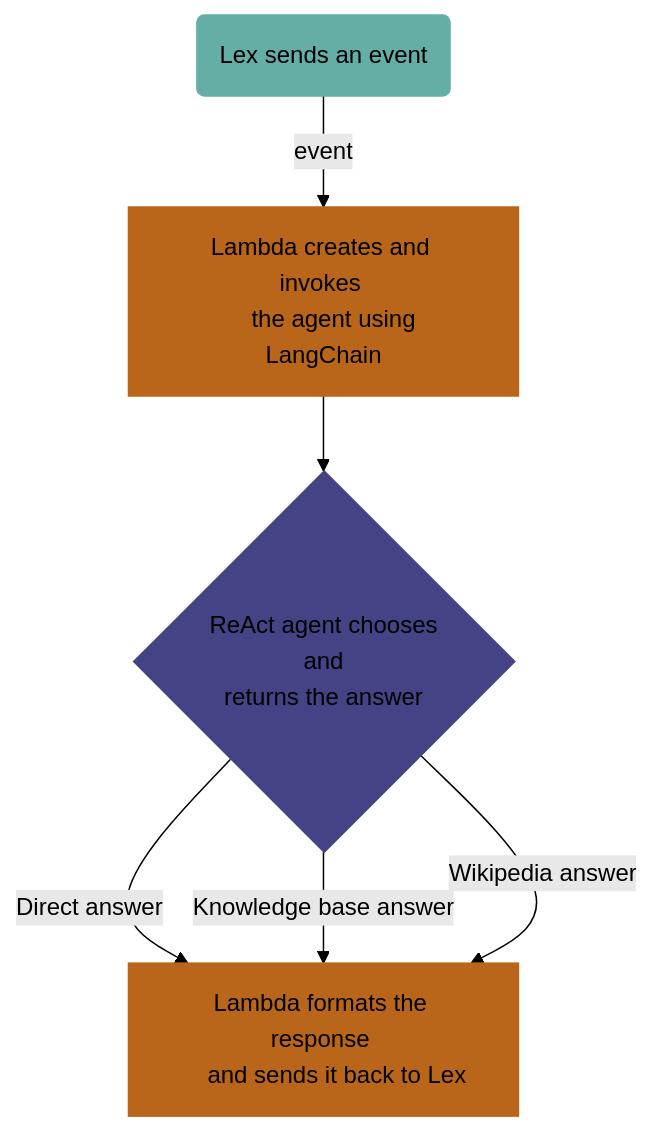
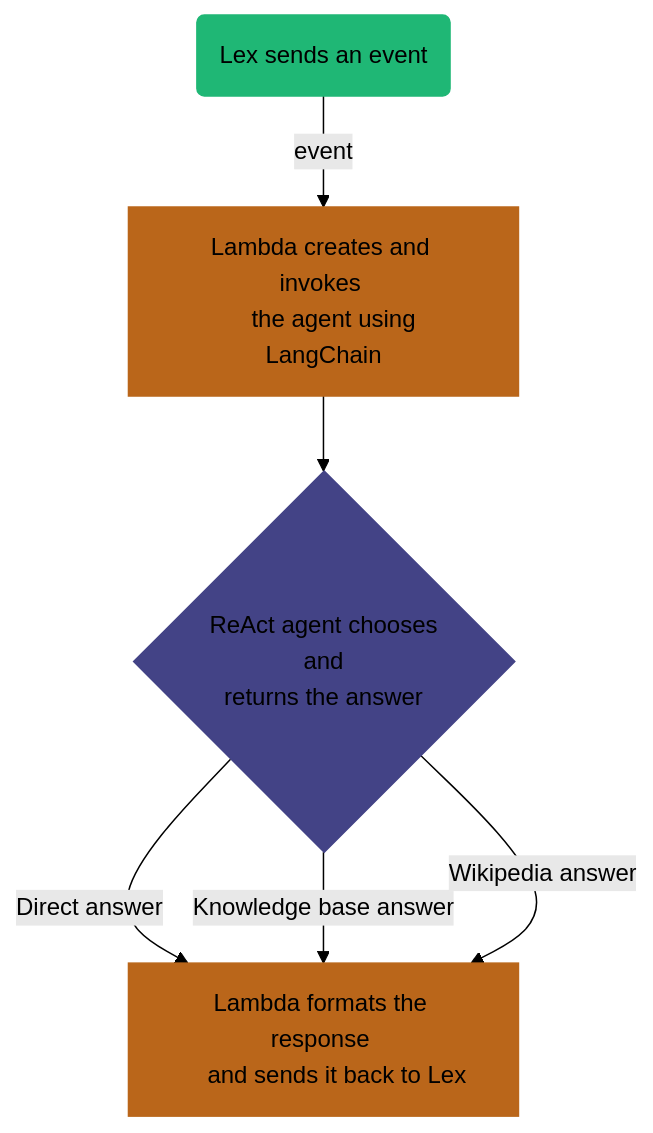
The diagram in README.md (565059/ai-chatbot-aws), drawn with Mermaid (forest theme) before and after one commit.

````diff
--- a/README.md
+++ b/README.md
@@ -80,17 +80,17 @@
 ```mermaid
 flowchart TD
     A(Lex sends an event) -->|event| B["Lambda creates and invokes 
     the agent using LangChain"]
     B --> C{"ReAct agent chooses
      and 
      returns the answer"}
     C -->|Direct answer| D["Lambda formats the response 
     and sends it back to Lex"]
     C -->|Knowledge base answer| D
     C -->|Wikipedia answer| D
 
-    style A stroke:#65AEA5, fill:#65AEA5
+    style A stroke:#1FB775, fill:#1FB775
     style B stroke:#BA661A, fill:#BA661A
     style C stroke:#434386, fill:#434386
     style D stroke:#BA661A, fill:#BA661A
 ```
````
